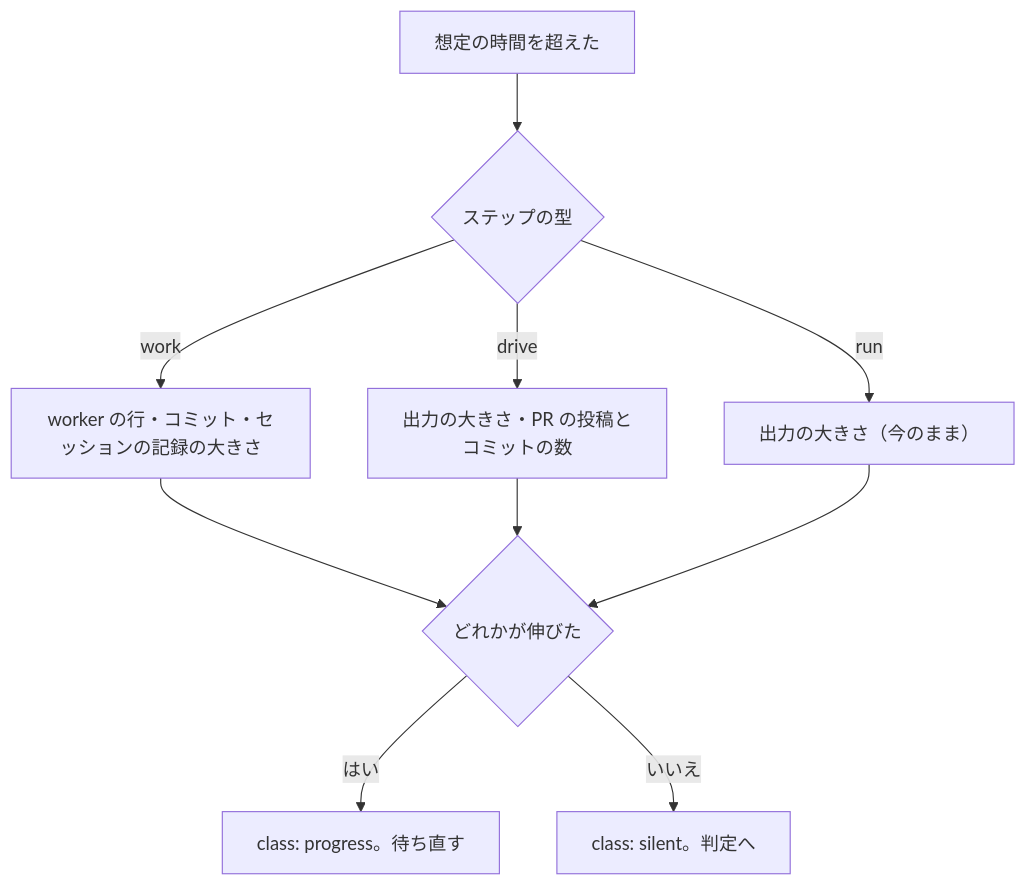
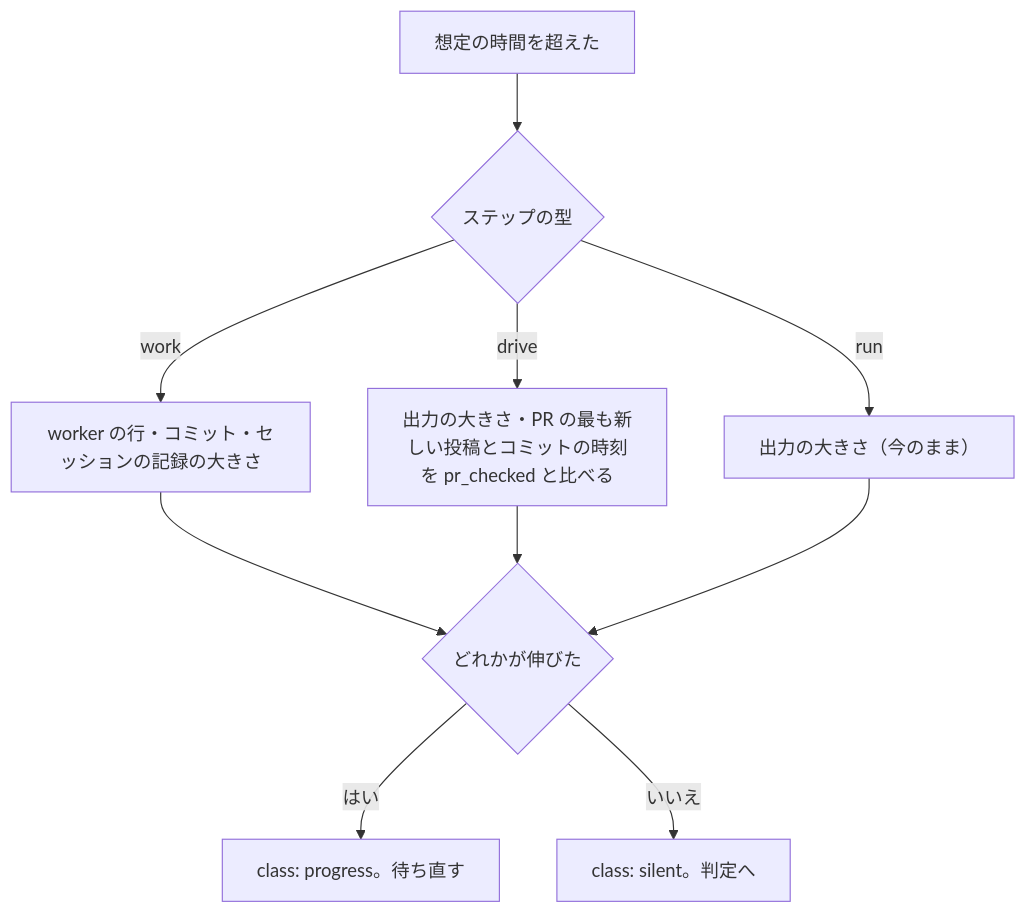
Before and after one commit to devbasex/ai-plugins: the fifth of 5 diagrams in issues/issue-1909-design.md, drawn with Mermaid. The commit also changed other lines of this file and 1 other file, not shown here.

````diff
--- a/issues/issue-1909-design.md
+++ b/issues/issue-1909-design.md
@@ -268,12 +268,12 @@
 ```mermaid
 graph TD
     A[想定の時間を超えた] --> T{ステップの型}
     T -- work --> W1[worker の行・コミット・セッションの記録の大きさ]
-    T -- drive --> D1[出力の大きさ・PR の投稿とコミットの数]
+    T -- drive --> D1[出力の大きさ・PR の最も新しい投稿とコミットの時刻を pr_checked と比べる]
     T -- run --> R1[出力の大きさ（今のまま）]
     W1 --> G{どれかが伸びた}
     D1 --> G
     R1 --> G
     G -- はい --> V[class: progress。待ち直す]
     G -- いいえ --> J[class: silent。判定へ]
 ```
````
